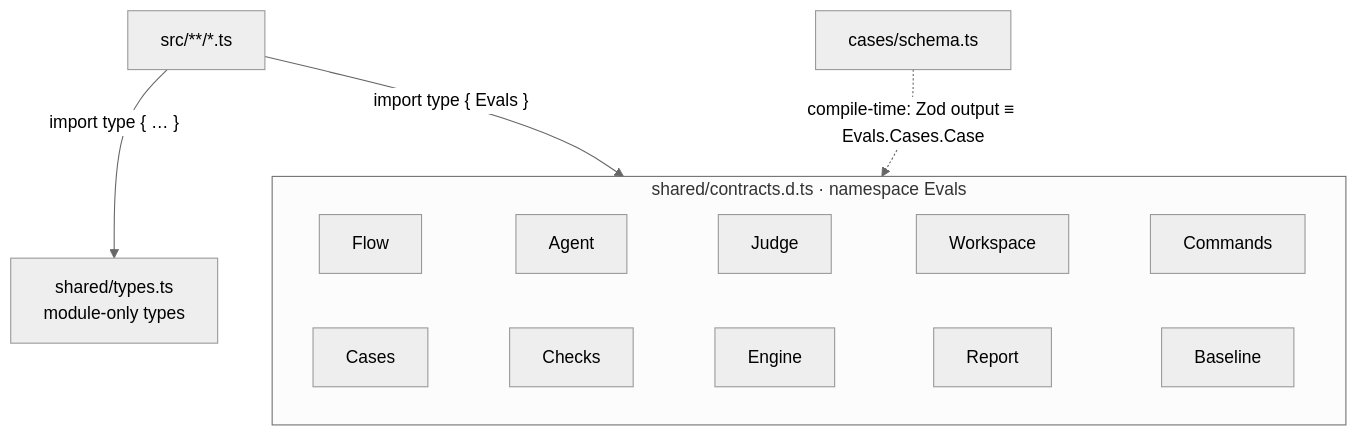
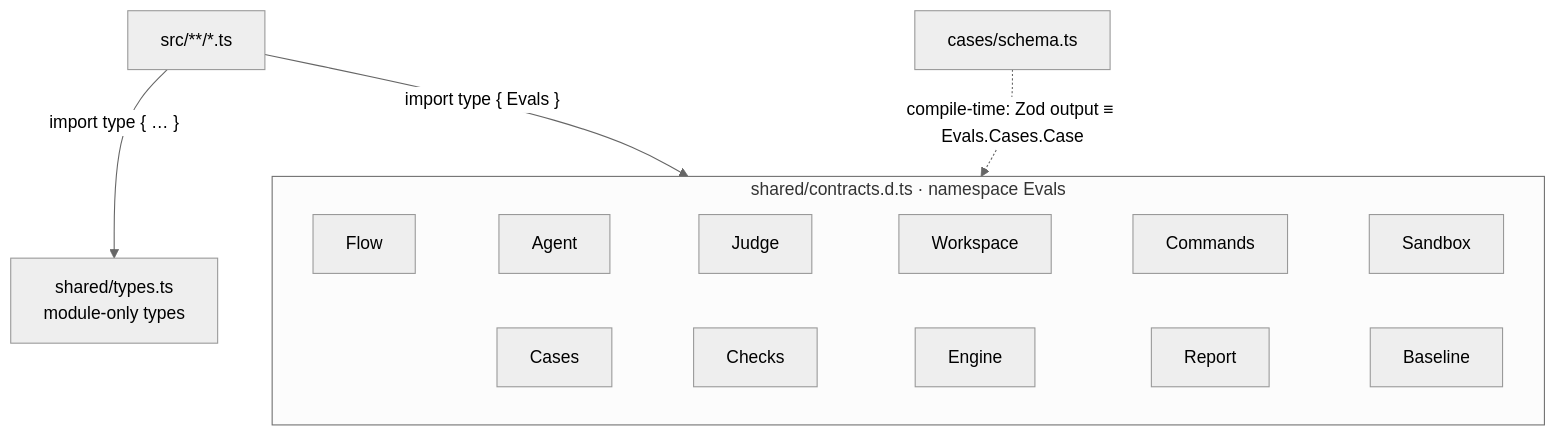
Before and after one commit to InteropIO/iointel-dev-kit: the eighth of 9 diagrams in evals/README.md, drawn with Mermaid (neutral theme). The commit also changed other lines of this file and 33 other files, not shown here.

````diff
--- a/evals/README.md
+++ b/evals/README.md
@@ -623,12 +714,12 @@
 ```mermaid
 flowchart TB
     subgraph contracts["shared/contracts.d.ts · namespace Evals"]
         direction LR
-        Flow ~~~ Agent ~~~ Judge ~~~ Workspace ~~~ Commands
+        Flow ~~~ Agent ~~~ Judge ~~~ Workspace ~~~ Commands ~~~ Sandbox
         Cases ~~~ Checks ~~~ Engine ~~~ Report ~~~ Baseline
     end
     types["shared/types.ts<br/>module-only types"]
     modules["src/**/*.ts"] -->|"import type { Evals }"| contracts
     modules -->|"import type { … }"| types
     schema["cases/schema.ts"] -.->|"compile-time: Zod output ≡ Evals.Cases.Case"| contracts
 ```
````
